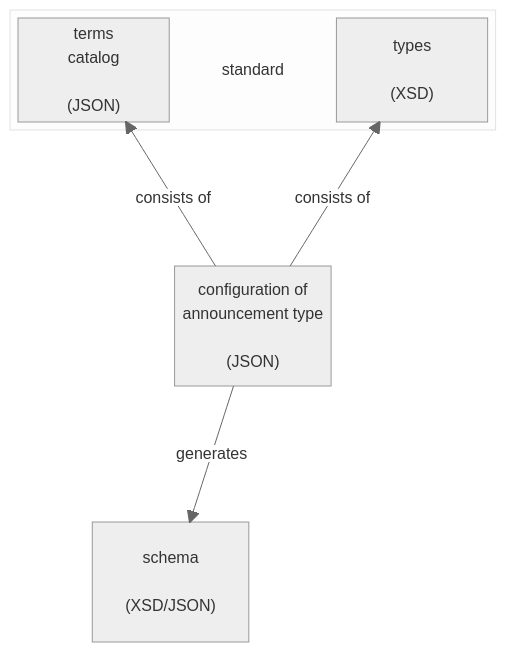
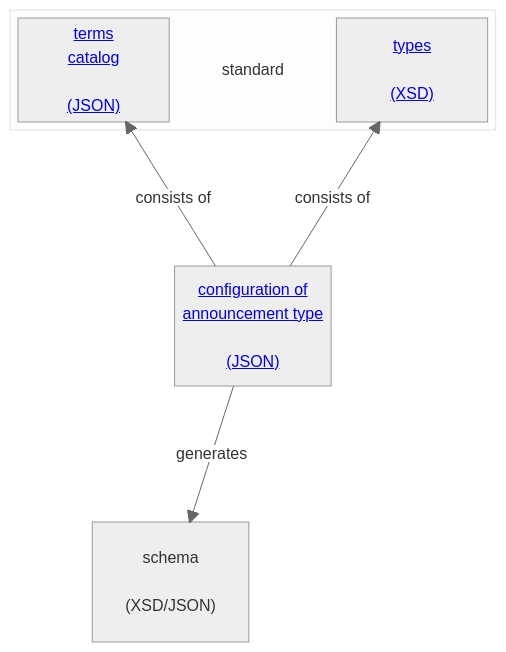
The diagram in README.md (officialgazette/announcement-model), drawn with Mermaid before and after one commit.

````diff
--- a/README.md
+++ b/README.md
@@ -3,45 +3,45 @@
 ```mermaid
 
 %%{
   init: {
     'theme': 'neutral'
   }
 }%%
 
 block-beta
 columns 3
 
 block:scope["standard"]:6
 
-terms["terms
+terms["<a href='https://github.com/officialgazette/announcement/blob/main/catalog.json'>terms
 catalog
 
-(JSON)"]:1
+(JSON)</a>"]:1
 space
-standard["types
+standard["<a href='https://github.com/officialgazette/announcement/blob/main/types.xsd'>types
 
-(XSD)"]
+(XSD)</a>"]
 
 end
 space:5
 
-config["configuration of
+config["<a href='https://github.com/officialgazette/announcement/blob/main/config-BP-default.json'>configuration of
 announcement type
 
-(JSON)"]:2
+(JSON)</a>"]:2
 
 space:4
 
 schema["schema
 
 (XSD/JSON)"]:2
 
 config --"consists of"--> standard
 config --"consists of"--> terms
 config --"generates"--> schema
 
 
 
 
 
 ```
````
